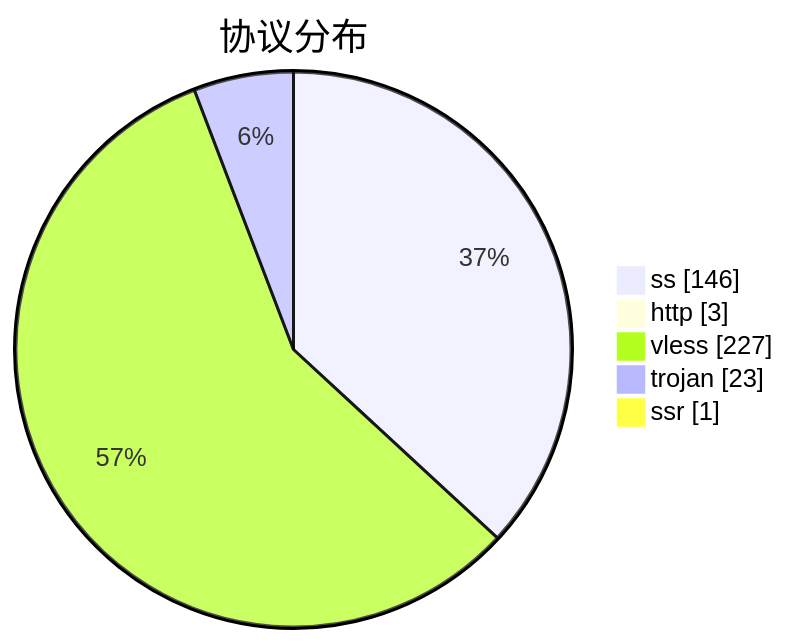
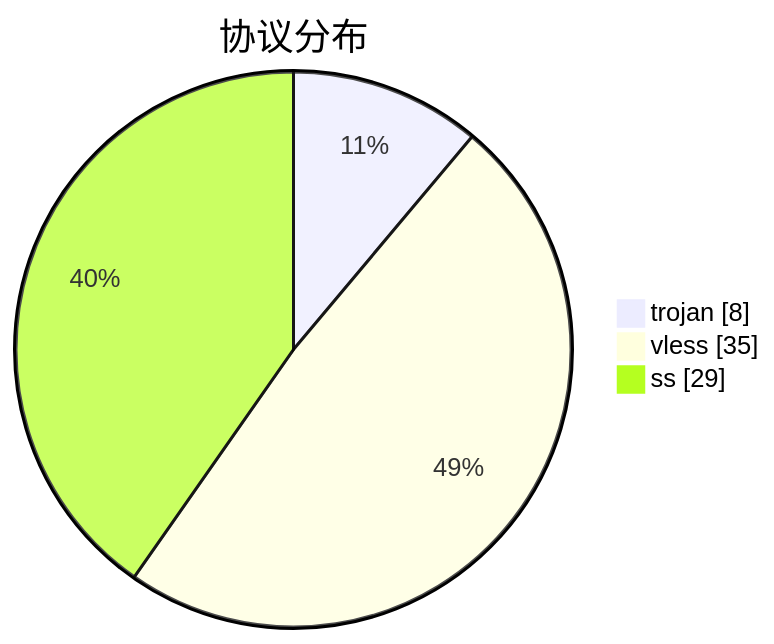
Before and after one commit to qjlxg/airport: the third of 3 diagrams in subs/statistics/tested_within.md, drawn with Mermaid. The commit also changed other lines of this file and 2 other files, not shown here.

````diff
--- a/subs/statistics/tested_within.md
+++ b/subs/statistics/tested_within.md
@@ -18,9 +17,7 @@
 ```mermaid
 pie showData
 title 协议分布
-"ss" : 146
-"http" : 3
-"vless" : 227
-"trojan" : 23
-"ssr" : 1
+"trojan" : 8
+"vless" : 35
+"ss" : 29
 ```
````
